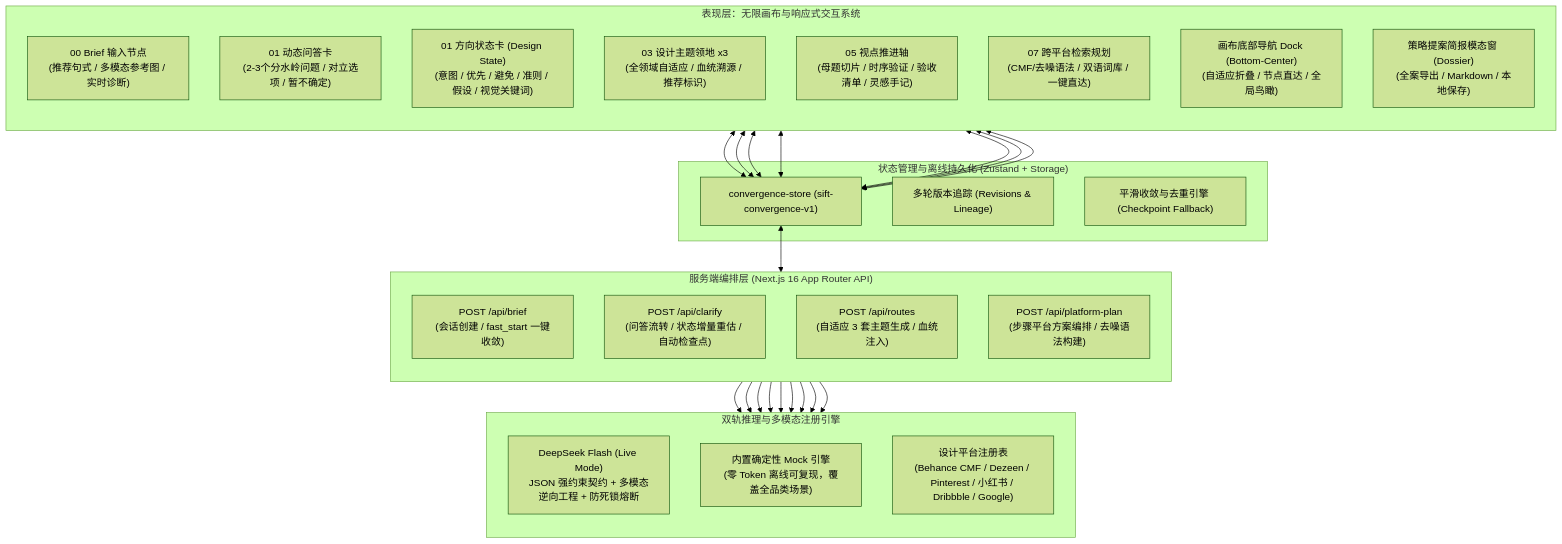
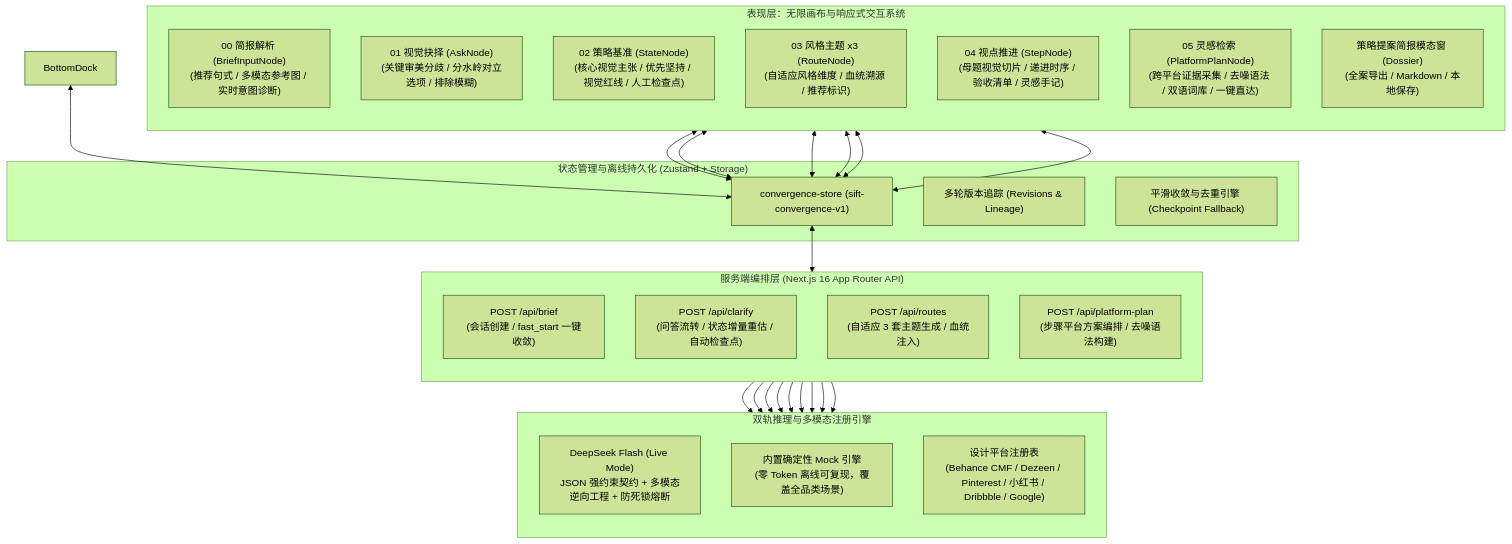
Before and after one commit to imLeyson/SIFT-Veribox: the first of 6 diagrams in docs/SIFT_PRD_AND_USER_FLOW.md, drawn with Mermaid (forest theme). The commit also changed other lines of this file and 43 other files, not shown here.

````diff
--- a/docs/SIFT_PRD_AND_USER_FLOW.md
+++ b/docs/SIFT_PRD_AND_USER_FLOW.md
@@ -99,41 +98,40 @@
 ```mermaid
 flowchart TD
     subgraph Client_Layer ["表现层：无限画布与响应式交互系统"]
         direction TB
-        Node00["00 Brief 输入节点\n(推荐句式 / 多模态参考图 / 实时诊断)"]
-        Node01["01 动态问答卡\n(2-3个分水岭问题 / 对立选项 / 暂不确定)"]
-        Node02["01 方向状态卡 (Design State)\n(意图 / 优先 / 避免 / 准则 / 假设 / 视觉关键词)"]
-        Node03["03 设计主题领地 x3\n(全领域自适应 / 血统溯源 / 推荐标识)"]
-        Node05["05 视点推进轴\n(母题切片 / 时序验证 / 验收清单 / 灵感手记)"]
-        Node07["07 跨平台检索规划\n(CMF/去噪语法 / 双语词库 / 一键直达)"]
-        BottomDock["画布底部导航 Dock (Bottom-Center)\n(自适应折叠 / 节点直达 / 全局鸟瞰)"]
+        Node00["00 简报解析 (BriefInputNode)\n(推荐句式 / 多模态参考图 / 实时意图诊断)"]
+        Node01["01 视觉抉择 (AskNode)\n(关键审美分歧 / 分水岭对立选项 / 排除模糊)"]
+        Node02["02 策略基准 (StateNode)\n(核心视觉主张 / 优先坚持 / 视觉红线 / 人工检查点)"]
+        Node03["03 风格主题 x3 (RouteNode)\n(自适应风格维度 / 血统溯源 / 推荐标识)"]
+        Node04["04 视点推进 (StepNode)\n(母题视觉切片 / 递进时序 / 验收清单 / 灵感手记)"]
+        Node05["05 灵感检索 (PlatformPlanNode)\n(跨平台证据采集 / 去噪语法 / 双语词库 / 一键直达)"]
         ModalDossier["策略提案简报模态窗 (Dossier)\n(全案导出 / Markdown / 本地保存)"]
     end
 
     subgraph State_Layer ["状态管理与离线持久化 (Zustand + Storage)"]
         Store["convergence-store (sift-convergence-v1)"]
         HistoryManager["多轮版本追踪 (Revisions & Lineage)"]
         GracefulEngine["平滑收敛与去重引擎 (Checkpoint Fallback)"]
     end
 
     subgraph Server_Layer ["服务端编排层 (Next.js 16 App Router API)"]
         direction TB
         APIBrief["POST /api/brief\n(会话创建 / fast_start 一键收敛)"]
         APIClarify["POST /api/clarify\n(问答流转 / 状态增量重估 / 自动检查点)"]
         APIRoutes["POST /api/routes\n(自适应 3 套主题生成 / 血统注入)"]
         APIPlan["POST /api/platform-plan\n(步骤平台方案编排 / 去噪语法构建)"]
     end
 
     subgraph Engine_Layer ["双轨推理与多模态注册引擎"]
         direction TB
         LLMLive["DeepSeek Flash (Live Mode)\nJSON 强约束契约 + 多模态逆向工程 + 防死锁熔断"]
         LLMMock["内置确定性 Mock 引擎\n(零 Token 离线可复现，覆盖全品类场景)"]
         PlatformRegistry["设计平台注册表\n(Behance CMF / Dezeen / Pinterest / 小红书 / Dribbble / Google)"]
     end
 
-    Node00 & Node01 & Node02 & Node03 & Node05 & Node07 <--> Store
+    Node00 & Node01 & Node02 & Node03 & Node04 & Node05 <--> Store
     BottomDock <--> Store
     Store <--> Server_Layer
     APIBrief & APIClarify & APIRoutes & APIPlan --> LLMLive & LLMMock
     APIPlan --> PlatformRegistry
 ```
````
